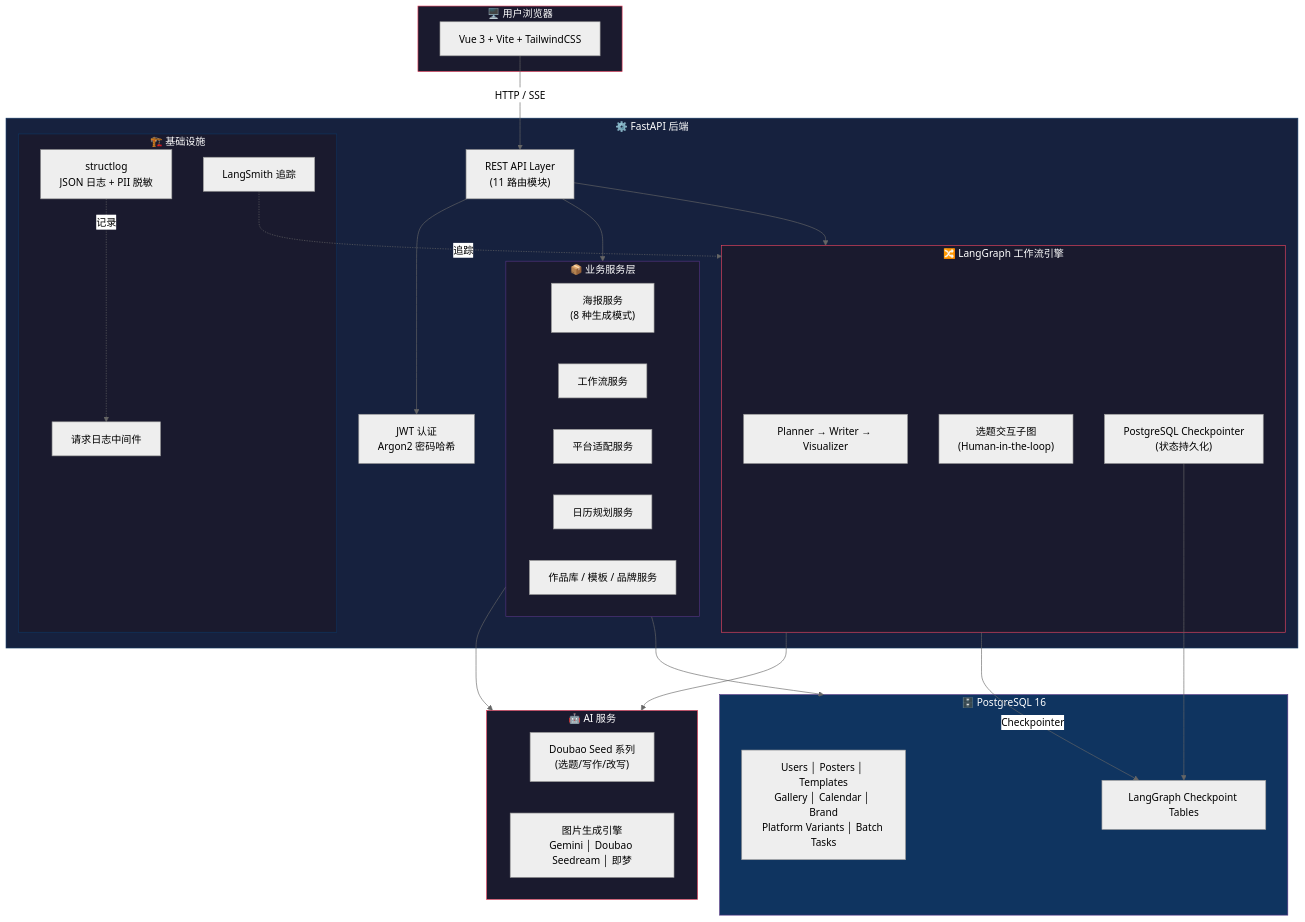
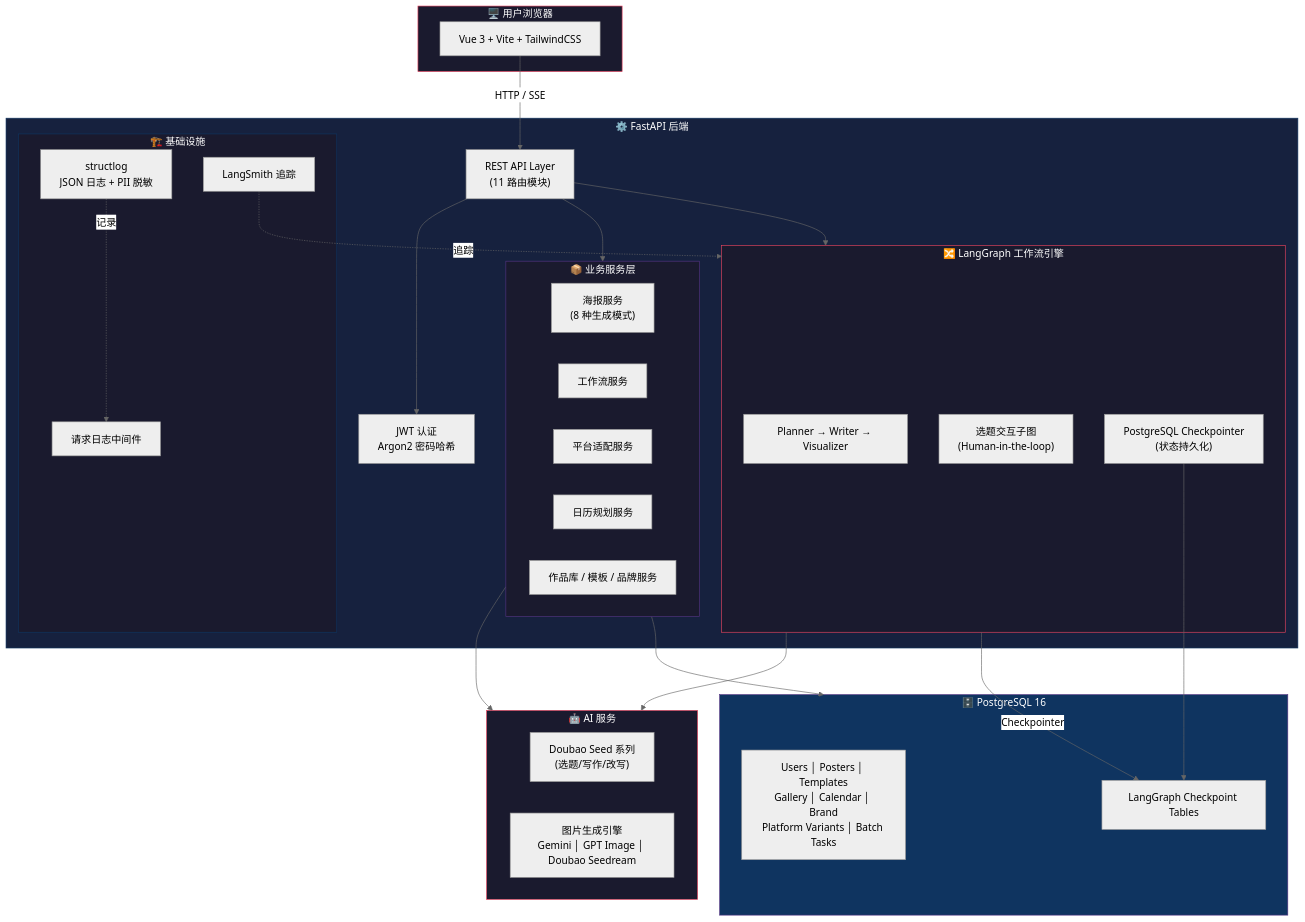
Before and after one commit to yuhengxu91-arch/graph_xiaohongshu: the diagram in README.md, drawn with Mermaid (neutral theme). The commit also changed other lines of this file and 20 other files, not shown here.

````diff
--- a/README.md
+++ b/README.md
@@ -106,61 +106,61 @@
 ```mermaid
 graph TB
     subgraph Client["🖥️ 用户浏览器"]
         VUE["Vue 3 + Vite + TailwindCSS"]
     end
 
     subgraph Backend["⚙️ FastAPI 后端"]
         API["REST API Layer<br/>(11 路由模块)"]
         AUTH["JWT 认证<br/>Argon2 密码哈希"]
 
         subgraph Services["📦 业务服务层"]
             PS["海报服务<br/>(8 种生成模式)"]
             WF["工作流服务"]
             PA["平台适配服务"]
             CS["日历规划服务"]
             GS["作品库 / 模板 / 品牌服务"]
         end
 
         subgraph Graph["🔀 LangGraph 工作流引擎"]
             NODES["Planner → Writer → Visualizer"]
             SUB["选题交互子图<br/>(Human-in-the-loop)"]
             CKP["PostgreSQL Checkpointer<br/>(状态持久化)"]
         end
 
         subgraph Infra["🏗️ 基础设施"]
             LOG["structlog<br/>JSON 日志 + PII 脱敏"]
             MW["请求日志中间件"]
             LS["LangSmith 追踪"]
         end
     end
 
     subgraph AI["🤖 AI 服务"]
         LLM["Doubao Seed 系列<br/>(选题/写作/改写)"]
-        IMG["图片生成引擎<br/>Gemini │ Doubao Seedream │ 即梦"]
+        IMG["图片生成引擎<br/>Gemini │ GPT Image │ Doubao Seedream"]
     end
 
     subgraph DB["🗄️ PostgreSQL 16"]
         TABLES["Users │ Posters │ Templates<br/>Gallery │ Calendar │ Brand<br/>Platform Variants │ Batch Tasks"]
         LGCP["LangGraph Checkpoint Tables"]
     end
 
     VUE -->|"HTTP / SSE"| API
     API --> AUTH
     API --> Services
     API --> Graph
     Services --> AI
     Graph --> AI
     Services --> DB
     Graph -->|"Checkpointer"| LGCP
     CKP --> LGCP
     LOG -.->|"记录"| MW
     LS -.->|"追踪"| Graph
 
     style Client fill:#1a1a2e,stroke:#e94560,color:#fff
     style Backend fill:#16213e,stroke:#0f3460,color:#fff
     style AI fill:#1a1a2e,stroke:#e94560,color:#fff
     style DB fill:#0f3460,stroke:#533483,color:#fff
     style Services fill:#1a1a2e,stroke:#533483,color:#fff
     style Graph fill:#1a1a2e,stroke:#e94560,color:#fff
     style Infra fill:#1a1a2e,stroke:#0f3460,color:#fff
 ```
````
